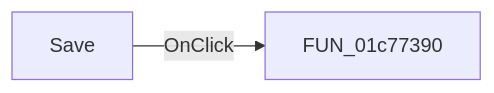
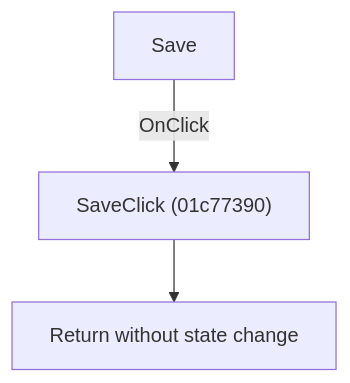
One commit to MovGP0/TIARA changed the diagram in docs/ui-controls/schematiceditor/dfsavebtn-d819596ed7.md. Above: the diagram before and after it, drawn with Mermaid. The commit also changed other lines of this file and 1062 other files, not shown here.

````diff
--- a/docs/ui-controls/schematiceditor/dfsavebtn-d819596ed7.md
+++ b/docs/ui-controls/schematiceditor/dfsavebtn-d819596ed7.md
@@ -27,4 +27,5 @@
 ```mermaid
-flowchart LR
-    control["Save"] -->|OnClick| handler["FUN_01c77390"]
+flowchart TD
+    control["Save"] -->|"OnClick"| handler["SaveClick (01c77390)"]
+    handler --> return["Return without state change"]
 ```
````
